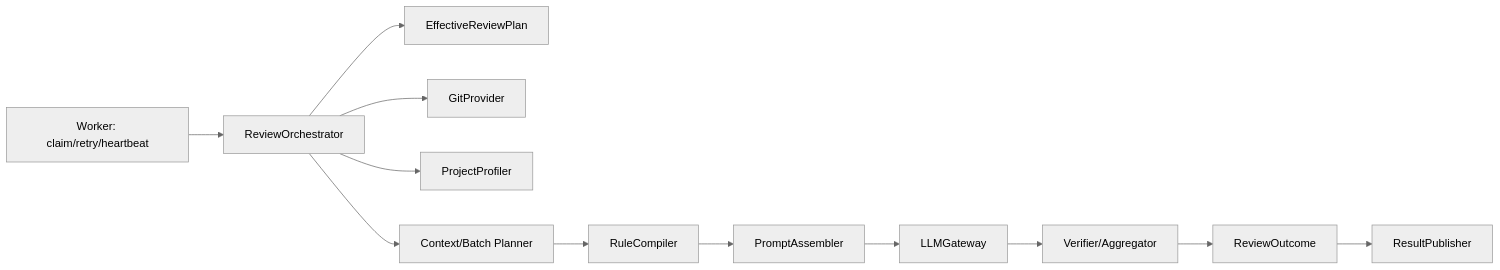
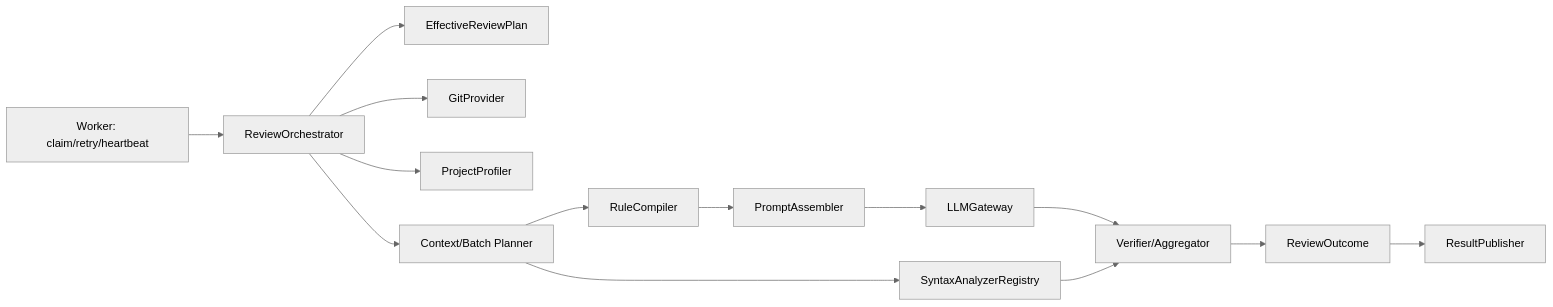
Before and after one commit to hzc19970630/ai-code-review: the second of 2 diagrams in mr-review-platform-design/MASTER_PLAN.md, drawn with Mermaid (neutral theme). The commit also changed other lines of this file and 64 other files, not shown here.

````diff
--- a/mr-review-platform-design/MASTER_PLAN.md
+++ b/mr-review-platform-design/MASTER_PLAN.md
@@ -125,14 +125,16 @@
 ```mermaid
 flowchart LR
     Worker["Worker: claim/retry/heartbeat"] --> Orchestrator["ReviewOrchestrator"]
     Orchestrator --> Plan["EffectiveReviewPlan"]
     Orchestrator --> GitPort["GitProvider"]
     Orchestrator --> Profiler["ProjectProfiler"]
     Orchestrator --> Context["Context/Batch Planner"]
     Context --> RuleCompiler["RuleCompiler"]
+    Context --> Syntax["SyntaxAnalyzerRegistry"]
     RuleCompiler --> Prompt["PromptAssembler"]
     Prompt --> LLMPort["LLMGateway"]
     LLMPort --> Verifier["Verifier/Aggregator"]
+    Syntax --> Verifier
     Verifier --> Outcome["ReviewOutcome"]
     Outcome --> Publisher["ResultPublisher"]
 ```
````
